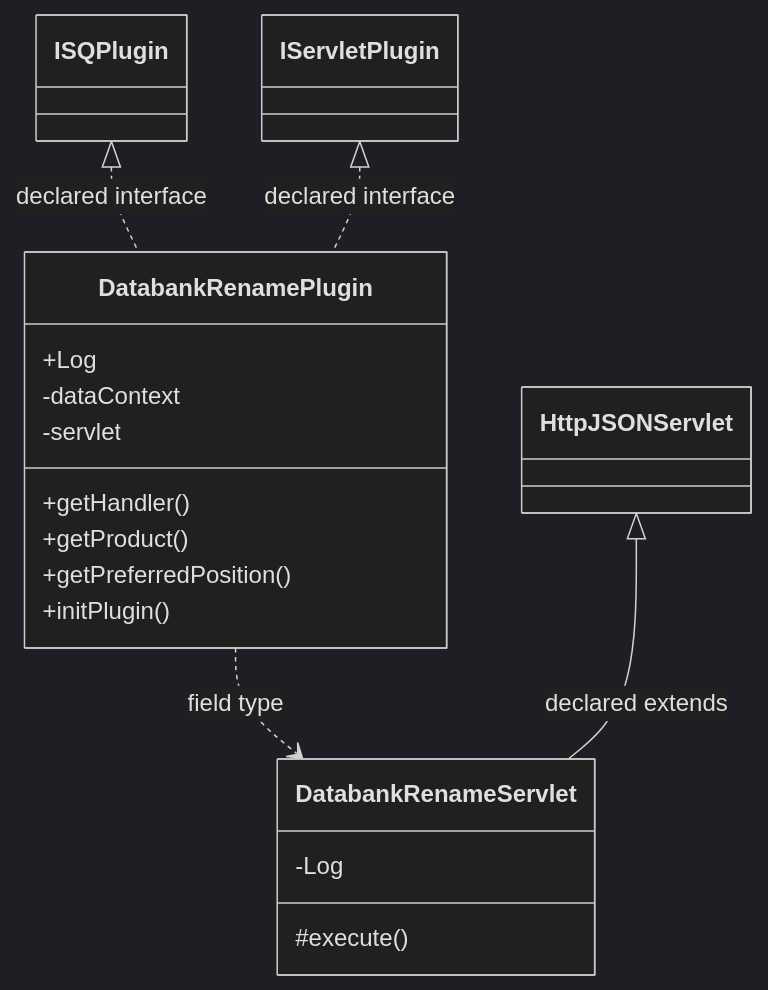
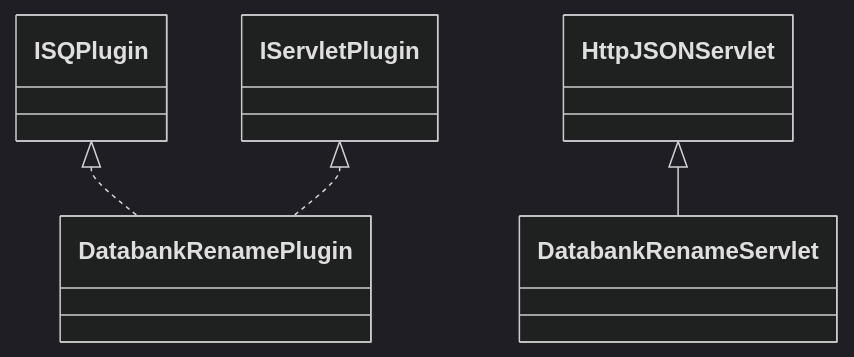
Before and after one commit to haruperi/HaruQuantAI: the diagram in docs/sqx/Results/DatabankRename.md, drawn with Mermaid (dark theme). The commit also changed other lines of this file and 1688 other files, not shown here.

````diff
--- a/docs/sqx/Results/DatabankRename.md
+++ b/docs/sqx/Results/DatabankRename.md
@@ -30,23 +26,11 @@
 ```mermaid
 classDiagram
-    class C93555ee6f57e["DatabankRenamePlugin"] {
-        +Log
-        -dataContext
-        -servlet
-        +getHandler()
-        +getProduct()
-        +getPreferredPosition()
-        +initPlugin()
-    }
-    class C1f32f44a1ce5["DatabankRenameServlet"] {
-        -Log
-        #execute()
-    }
-    class Cb01a7e55ea2e["ISQPlugin"]
-    class C249b5c671b1a["IServletPlugin"]
-    class C8900f90ae594["HttpJSONServlet"]
-    Cb01a7e55ea2e <|.. C93555ee6f57e : declared interface
-    C249b5c671b1a <|.. C93555ee6f57e : declared interface
-    C93555ee6f57e ..> C1f32f44a1ce5 : field type
-    C8900f90ae594 <|-- C1f32f44a1ce5 : declared extends
+    class C0["DatabankRenamePlugin"]
+    class C1["DatabankRenameServlet"]
+    class E0["ISQPlugin"]
+    E0 <|.. C0
+    class E1["IServletPlugin"]
+    E1 <|.. C0
+    class E2["HttpJSONServlet"]
+    E2 <|-- C1
 ```
````
